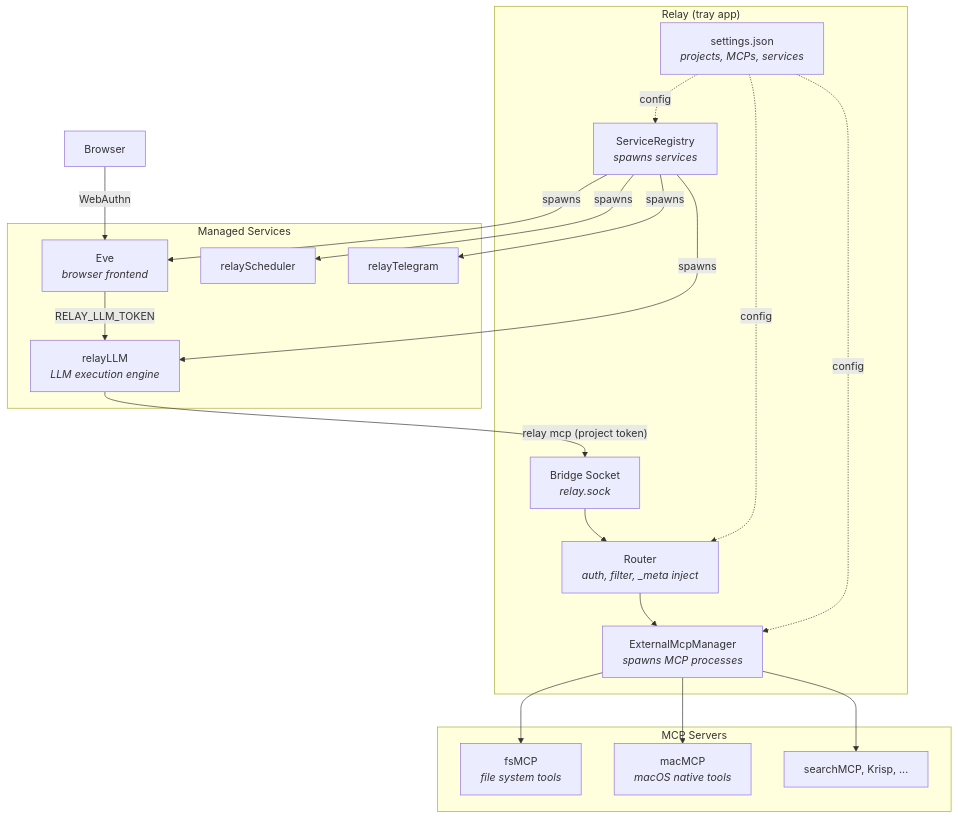
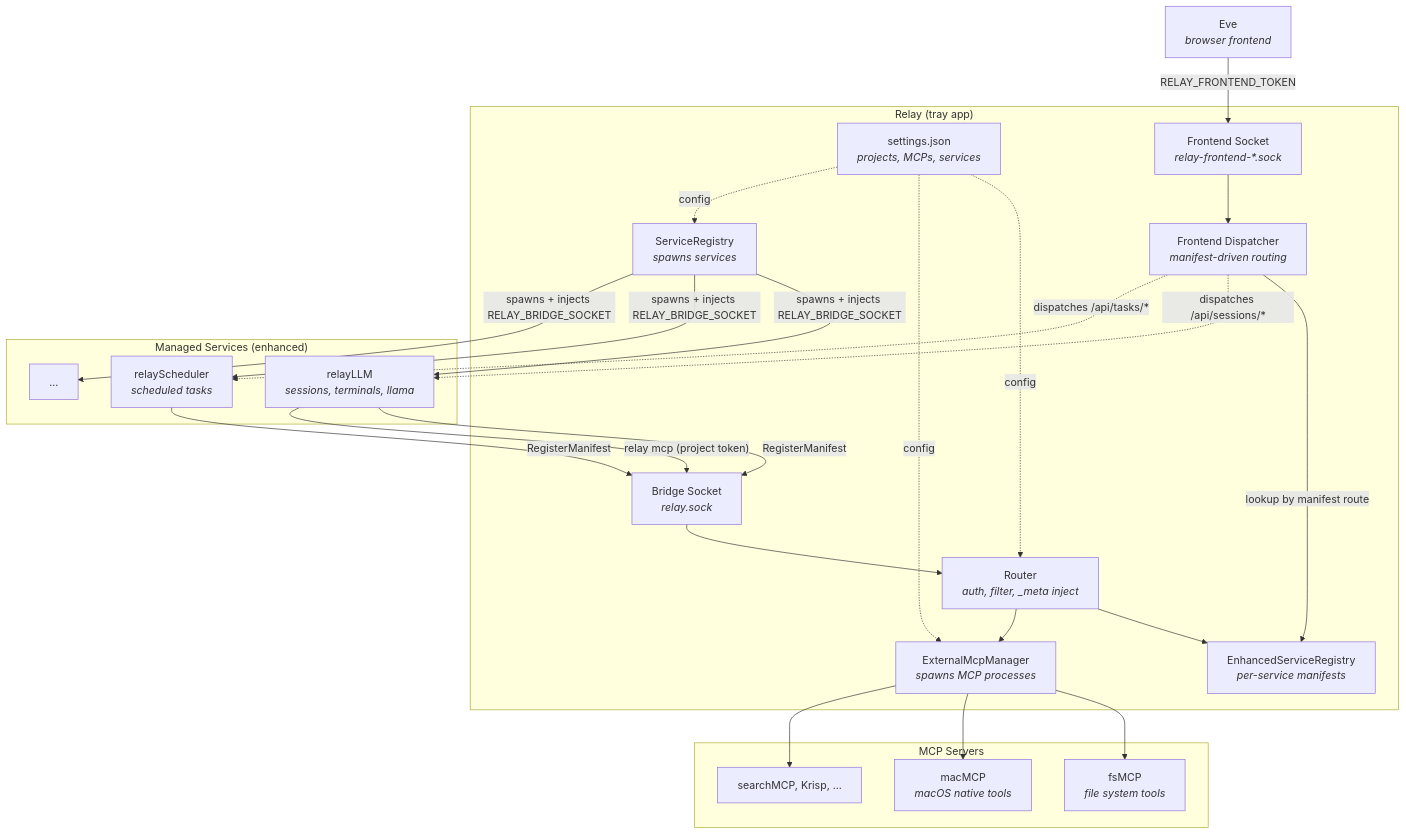
Before and after one commit to barelyworkingcode/relay: the first of 3 diagrams in README.md, drawn with Mermaid. The commit also changed other lines of this file and 16 other files, not shown here.

````diff
--- a/README.md
+++ b/README.md
@@ -7,32 +7,45 @@
 ```mermaid
 graph TB
     subgraph Relay["Relay (tray app)"]
         Settings["settings.json<br/><i>projects, MCPs, services</i>"]
+        Frontend["Frontend Socket<br/><i>relay-frontend-*.sock</i>"]
+        Dispatcher["Frontend Dispatcher<br/><i>manifest-driven routing</i>"]
         Bridge["Bridge Socket<br/><i>relay.sock</i>"]
         Router["Router<br/><i>auth, filter, _meta inject</i>"]
         MCPMgr["ExternalMcpManager<br/><i>spawns MCP processes</i>"]
         SvcReg["ServiceRegistry<br/><i>spawns services</i>"]
+        EnhReg["EnhancedServiceRegistry<br/><i>per-service manifests</i>"]
     end
 
     subgraph MCPs["MCP Servers"]
         fsMCP["fsMCP<br/><i>file system tools</i>"]
         macMCP["macMCP<br/><i>macOS native tools</i>"]
         Other["searchMCP, Krisp, ..."]
     end
 
-    subgraph Services["Managed Services"]
-        relayLLM["relayLLM<br/><i>LLM execution engine</i>"]
-        Eve["Eve<br/><i>browser frontend</i>"]
-        Scheduler["relayScheduler"]
-        Telegram["relayTelegram"]
+    subgraph Services["Managed Services (enhanced)"]
+        relayLLM["relayLLM<br/><i>sessions, terminals, llama</i>"]
+        Scheduler["relayScheduler<br/><i>scheduled tasks</i>"]
+        Other2["..."]
     end
 
-    Browser["Browser"] -->|WebAuthn| Eve
-    Eve -->|RELAY_LLM_TOKEN| relayLLM
+    Eve["Eve<br/><i>browser frontend</i>"]
+
+    Eve -->|RELAY_FRONTEND_TOKEN| Frontend
+    Frontend --> Dispatcher
+    Dispatcher -->|lookup by manifest route| EnhReg
+    Dispatcher -.->|dispatches /api/sessions/*| relayLLM
+    Dispatcher -.->|dispatches /api/tasks/*| Scheduler
+
+    relayLLM -->|RegisterManifest| Bridge
+    Scheduler -->|RegisterManifest| Bridge
+    Bridge --> Router
+    Router --> EnhReg
+
     relayLLM -->|"relay mcp (project token)"| Bridge
-    Bridge --> Router
     Router --> MCPMgr
     MCPMgr --> fsMCP & macMCP & Other
-    SvcReg -->|spawns| relayLLM & Eve & Scheduler & Telegram
+
+    SvcReg -->|spawns + injects RELAY_BRIDGE_SOCKET| relayLLM & Scheduler & Other2
     Settings -.->|config| Router & MCPMgr & SvcReg
 ```
````
